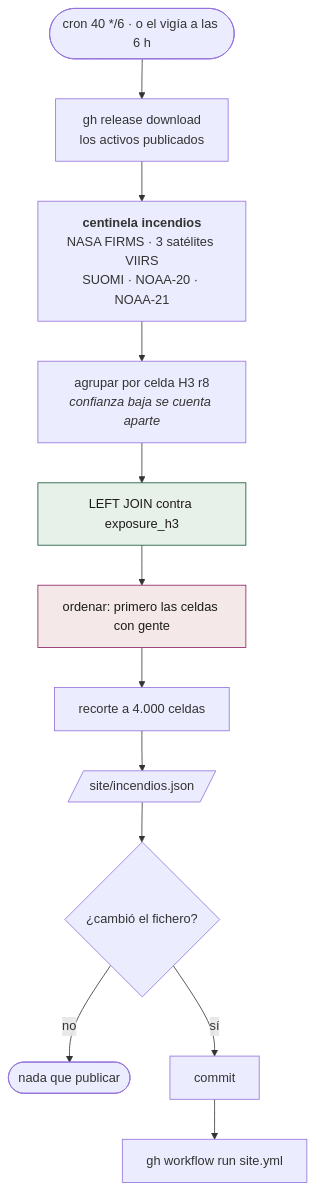
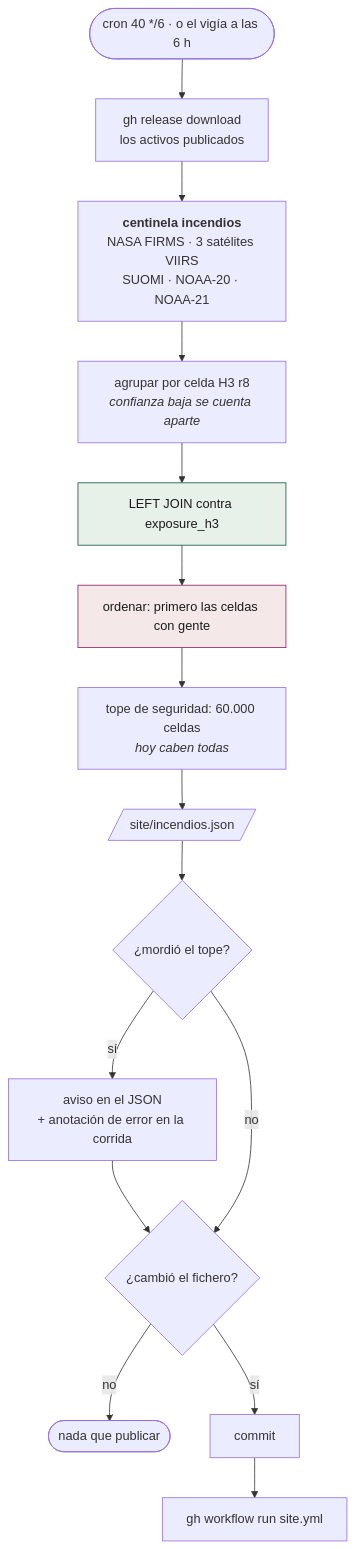
Before and after one commit to sforero77/CENTINELA: the sixth of 15 diagrams in docs/acciones/por-reloj.md, drawn with Mermaid. The commit also changed other lines of this file and 22 other files, not shown here.

````diff
--- a/docs/acciones/por-reloj.md
+++ b/docs/acciones/por-reloj.md
@@ -259,19 +259,23 @@
 ```mermaid
 flowchart TB
   R(["cron 40 */6 · o el vigía a las 6 h"]) --> BAJA["gh release download<br/>los activos publicados"]
   BAJA --> FIRMS["<b>centinela incendios</b><br/>NASA FIRMS · 3 satélites VIIRS<br/>SUOMI · NOAA-20 · NOAA-21"]
 
   FIRMS --> AGG["agrupar por celda H3 r8<br/><i>confianza baja se cuenta aparte</i>"]
   AGG --> JOIN["LEFT JOIN contra exposure_h3"]
   JOIN --> PRIO["ordenar: primero las celdas con gente"]
-  PRIO --> CUT["recorte a 4.000 celdas"]
+  PRIO --> CUT["tope de seguridad: 60.000 celdas<br/><i>hoy caben todas</i>"]
   CUT --> OUT[/"site/incendios.json"/]
 
-  OUT --> PUB{"¿cambió el fichero?"}
+  OUT --> TOPE{"¿mordió el tope?"}
+  TOPE -->|sí| GRITO["aviso en el JSON<br/>+ anotación de error en la corrida"]
+  GRITO --> PUB
+  TOPE -->|no| PUB
+  PUB{"¿cambió el fichero?"}
   PUB -->|no| FIN(["nada que publicar"])
   PUB -->|sí| COMMIT["commit"]
   COMMIT --> SITE["gh workflow run site.yml"]
 
   style JOIN fill:#e8f0ea,stroke:#0f5636,color:#1c1b1a
   style PRIO fill:#f4e8e8,stroke:#8c1d64,color:#1c1b1a
 ```
````
